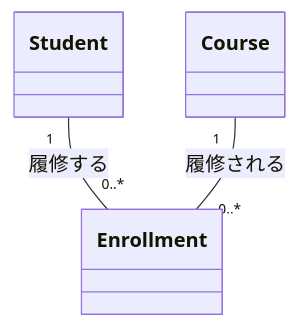
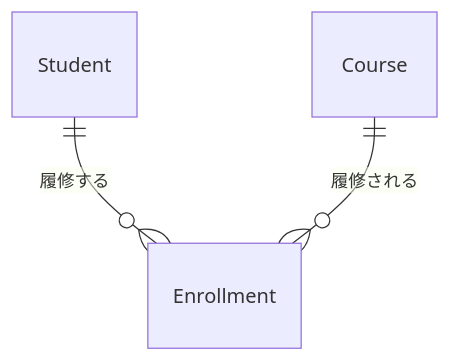
The second of 3 diagrams in データベース/03_概念設計とER図.md (YTS0418/PRMN_SYSTEM_Lecture), drawn with Mermaid before and after one commit. The commit also changed other lines of this file and 3 other files, not shown here.

First line of the commit message:
ER 図を mermaid の erDiagram（鳥の足記法）に変更

````diff
--- a/データベース/03_概念設計とER図.md
+++ b/データベース/03_概念設計とER図.md
@@ -113,5 +113,5 @@
 ```mermaid
-classDiagram
-    Student "1" -- "0..*" Enrollment : 履修する
-    Course "1" -- "0..*" Enrollment : 履修される
+erDiagram
+    Student ||--o{ Enrollment : "履修する"
+    Course ||--o{ Enrollment : "履修される"
 ```
````
